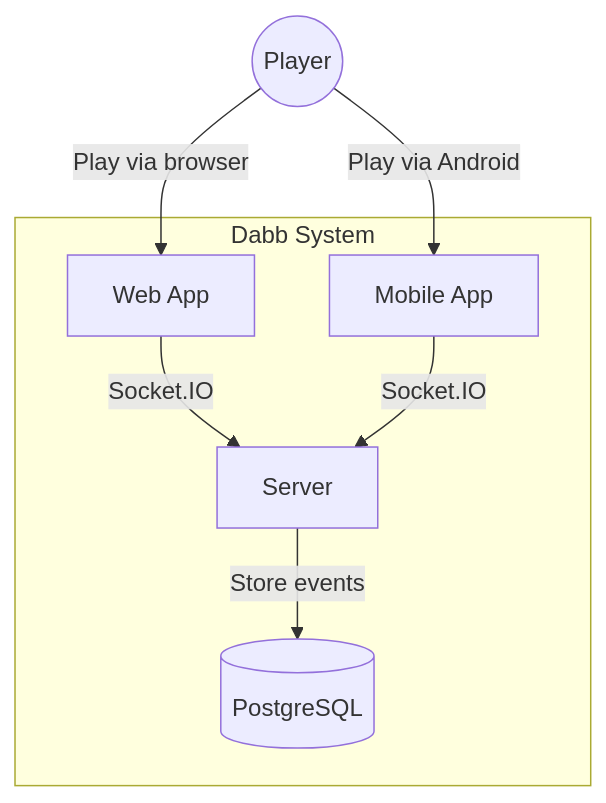
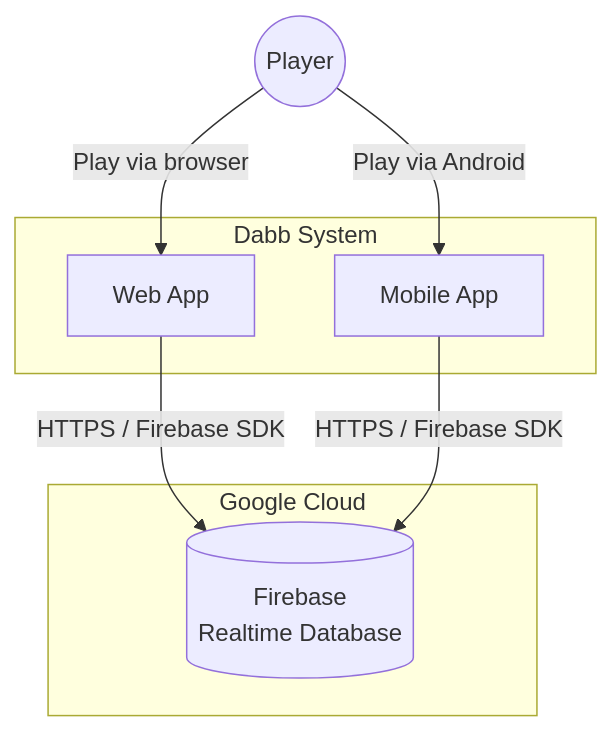
Before and after one commit to deglerj/dabb: the first of 2 diagrams in docs/arc42/03-context-scope.md, drawn with Mermaid. The commit also changed other lines of this file and 13 other files, not shown here.

First line of the commit message:
docs: update all docs to reflect Firebase P2P architecture

````diff
--- a/docs/arc42/03-context-scope.md
+++ b/docs/arc42/03-context-scope.md
@@ -5,17 +5,18 @@
 ```mermaid
 flowchart TB
     player((Player))
 
     subgraph dabb [Dabb System]
         web[Web App]
         mobile[Mobile App]
-        server[Server]
-        db[(PostgreSQL)]
+    end
+
+    subgraph google [Google Cloud]
+        firebase[(Firebase\nRealtime Database)]
     end
 
     player -->|Play via browser| web
     player -->|Play via Android| mobile
-    web -->|Socket.IO| server
-    mobile -->|Socket.IO| server
-    server -->|Store events| db
+    web -->|HTTPS / Firebase SDK| firebase
+    mobile -->|HTTPS / Firebase SDK| firebase
 ```
````
